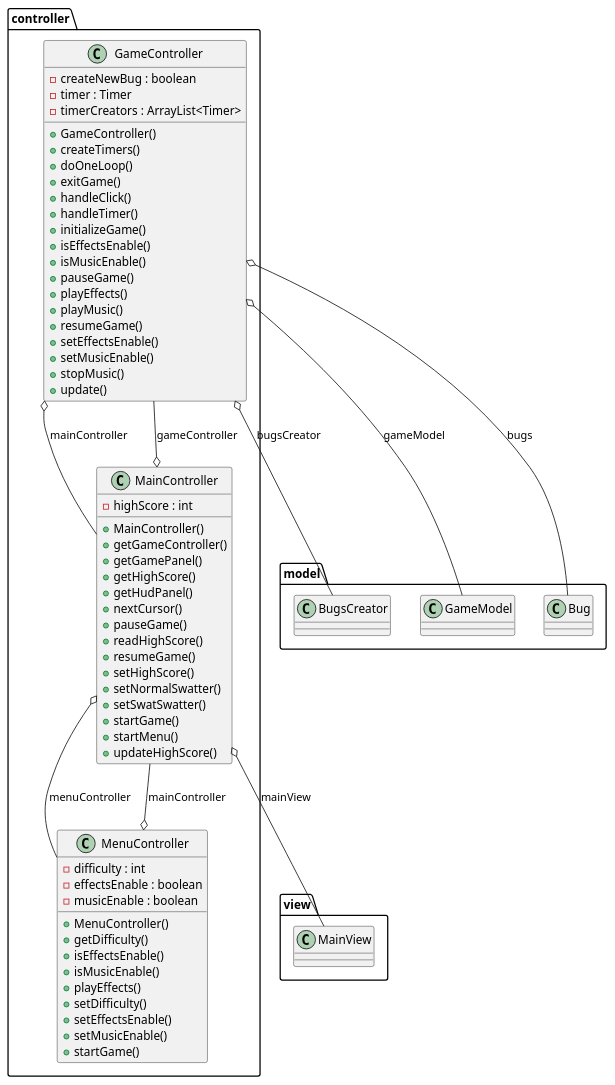
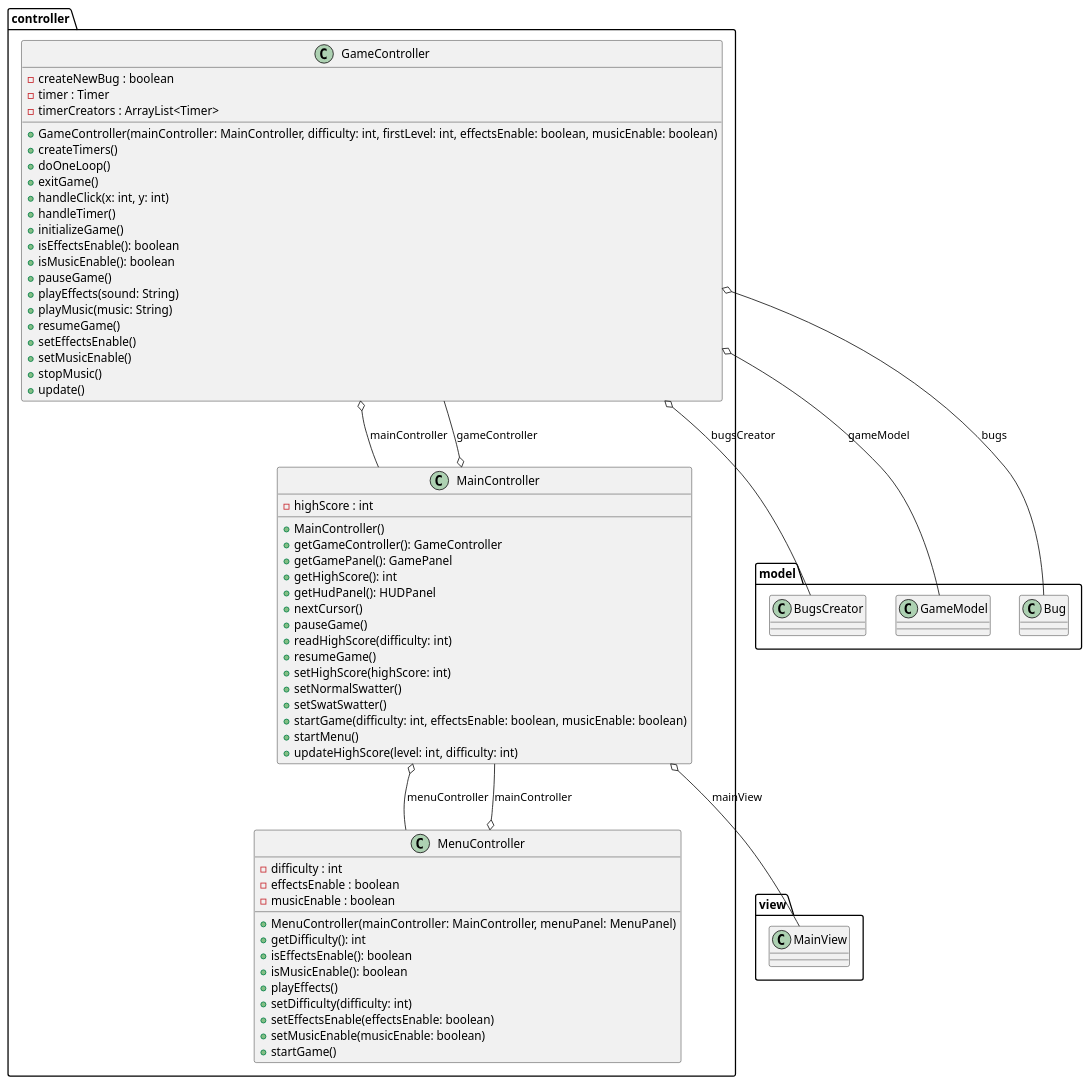
The diagram in src/controller/controller.plantuml (lcintini/JFlySwatter), drawn with PlantUML before and after one commit. The commit also changed 10 other files, not shown here.

Commit message:
correzione diagrammi uml

```diff
--- a/src/controller/controller.plantuml
+++ b/src/controller/controller.plantuml
@@ -1,81 +1,81 @@
 @startuml
 
 namespace controller {
       class controller.GameController {
           - createNewBug : boolean
           - timer : Timer
           - timerCreators : ArrayList<Timer>
-          + GameController()
+          + GameController(mainController: MainController, difficulty: int, firstLevel: int, effectsEnable: boolean, musicEnable: boolean)
           + createTimers()
           + doOneLoop()
           + exitGame()
-          + handleClick()
+          + handleClick(x: int, y: int)
           + handleTimer()
           + initializeGame()
-          + isEffectsEnable()
-          + isMusicEnable()
+          + isEffectsEnable(): boolean
+          + isMusicEnable(): boolean
           + pauseGame()
-          + playEffects()
-          + playMusic()
+          + playEffects(sound: String)
+          + playMusic(music: String)
           + resumeGame()
           + setEffectsEnable()
           + setMusicEnable()
           + stopMusic()
           + update()
       }
     }
   
 
  namespace controller {
       class controller.MainController {
           - highScore : int
           + MainController()
-          + getGameController()
-          + getGamePanel()
-          + getHighScore()
-          + getHudPanel()
+          + getGameController(): GameController
+          + getGamePanel(): GamePanel
+          + getHighScore(): int
+          + getHudPanel(): HUDPanel
           + nextCursor()
           + pauseGame()
-          + readHighScore()
+          + readHighScore(difficulty: int)
           + resumeGame()
-          + setHighScore()
+          + setHighScore(highScore: int)
           + setNormalSwatter()
           + setSwatSwatter()
-          + startGame()
+          + startGame(difficulty: int, effectsEnable: boolean, musicEnable: boolean)
           + startMenu()
-          + updateHighScore()
+          + updateHighScore(level: int, difficulty: int)
       }
     }
   
 
   namespace controller {
       class controller.MenuController {
           - difficulty : int
           - effectsEnable : boolean
           - musicEnable : boolean
-          + MenuController()
-          + getDifficulty()
-          + isEffectsEnable()
-          + isMusicEnable()
+          + MenuController(mainController: MainController, menuPanel: MenuPanel)
+          + getDifficulty(): int
+          + isEffectsEnable(): boolean
+          + isMusicEnable(): boolean
           + playEffects()
-          + setDifficulty()
-          + setEffectsEnable()
-          + setMusicEnable()
+          + setDifficulty(difficulty: int)
+          + setEffectsEnable(effectsEnable: boolean)
+          + setMusicEnable(musicEnable: boolean)
           + startGame()
       }
     }
   
 
   controller.GameController o-- model.BugsCreator : bugsCreator
   controller.GameController o-- model.GameModel : gameModel
   controller.GameController o-- model.Bug : bugs
   controller.GameController o-- controller.MainController : mainController
   controller.MainController o-- controller.GameController : gameController
   controller.MainController o-- view.MainView : mainView
   controller.MainController o-- controller.MenuController : menuController
   controller.MenuController o-- controller.MainController : mainController
 
 
 
 
 @enduml
```
